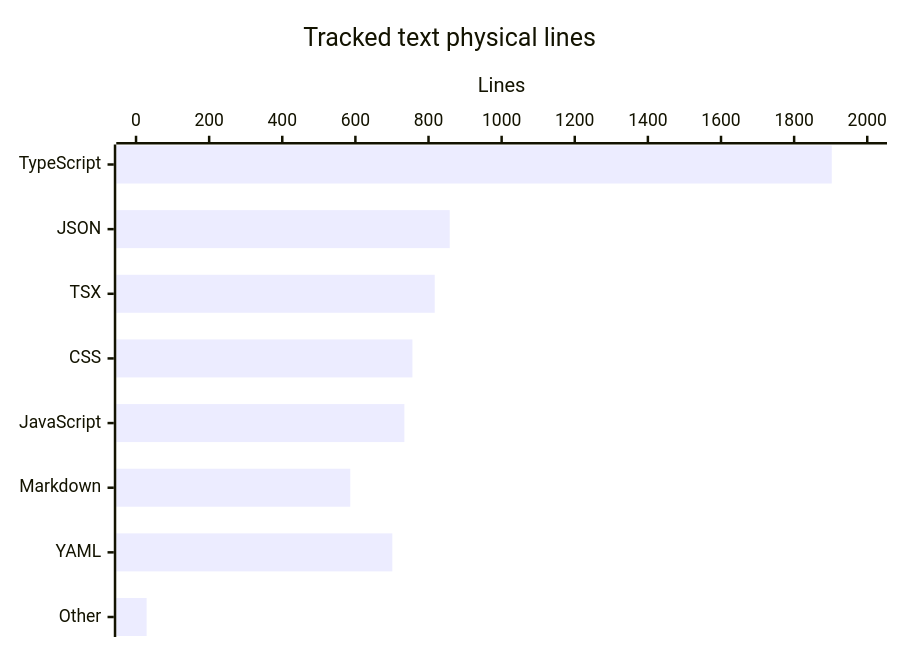
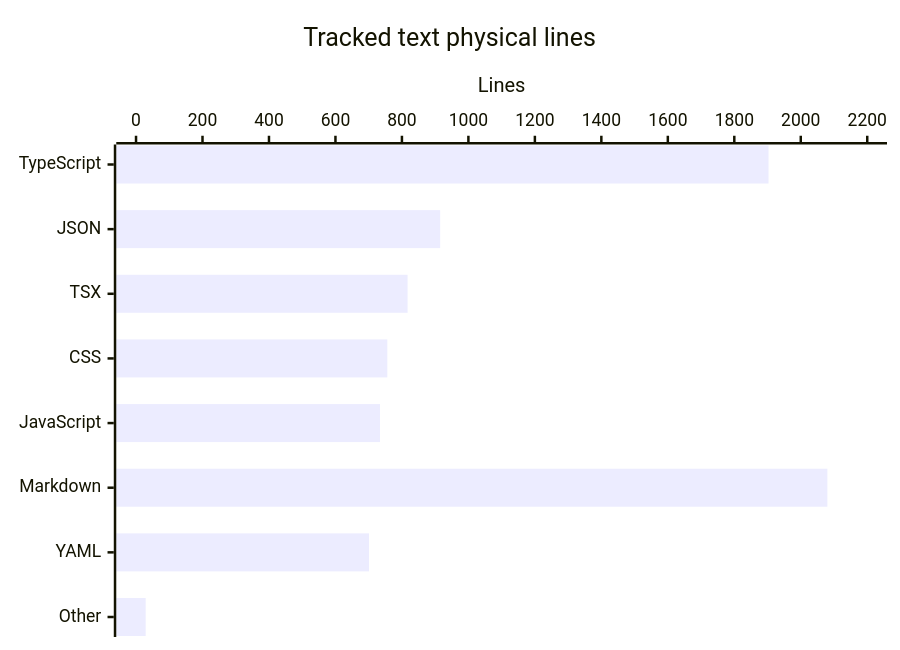
Before and after one commit to FactoryDemo/demo-storefront: the diagram in droid-wiki/by-the-numbers.md, drawn with Mermaid. The commit also changed other lines of this file and 4 other files, not shown here.

````diff
--- a/droid-wiki/by-the-numbers.md
+++ b/droid-wiki/by-the-numbers.md
@@ -41,7 +43,7 @@
 ```mermaid
 xychart-beta horizontal
     title "Tracked text physical lines"
     x-axis ["TypeScript", "JSON", "TSX", "CSS", "JavaScript", "Markdown", "YAML", "Other"]
-    y-axis "Lines" 0 --> 2000
-    bar [1903, 858, 817, 756, 734, 586, 701, 29]
+    y-axis "Lines" 0 --> 2200
+    bar [1903, 915, 817, 756, 734, 2080, 701, 29]
 ```
````
